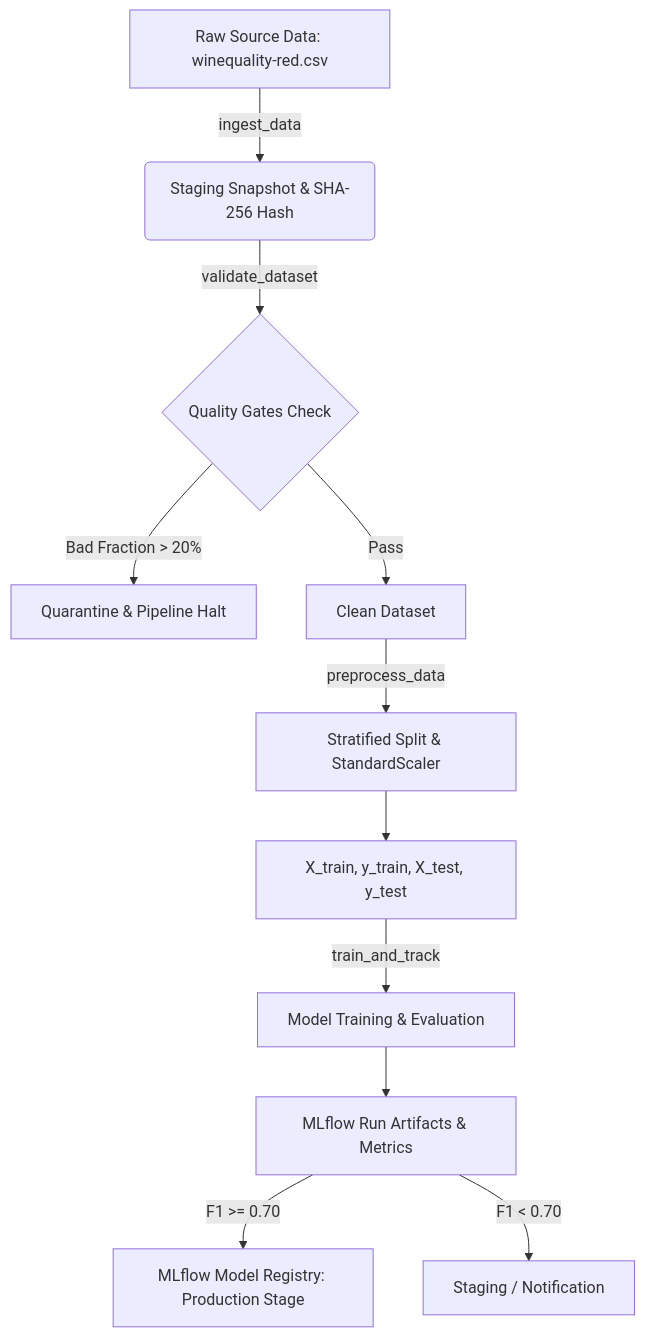
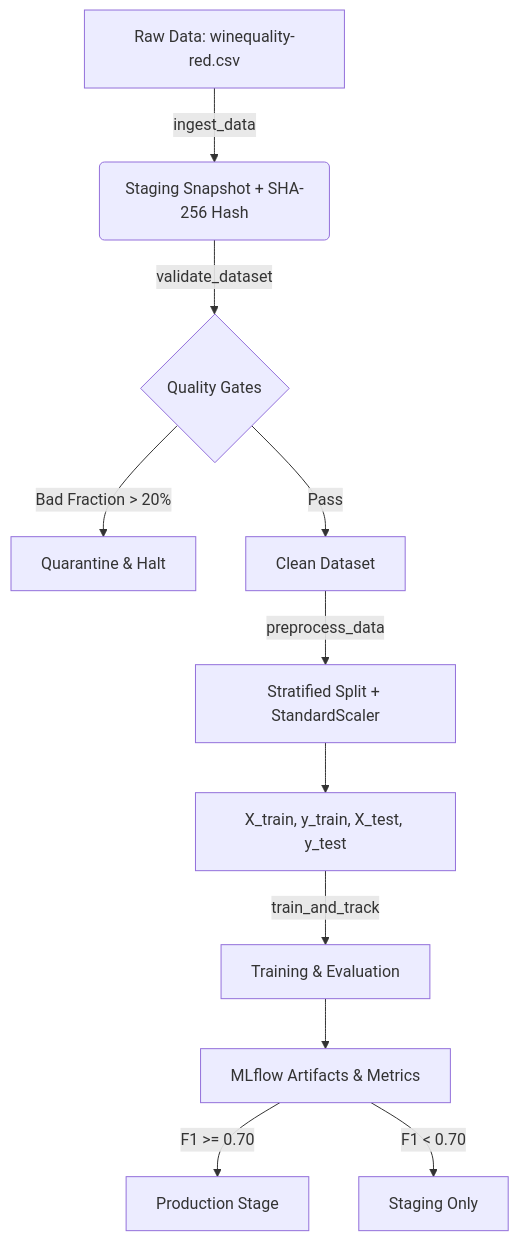
The first of 2 diagrams in README.md (vu25ms13298-oss/mlops-bonus-vu25ms13298), drawn with Mermaid before and after one commit. The commit also changed other lines of this file and 7 other files, not shown here.

First line of the commit message:
refactor: improve pipeline quality, fix issues, and update project identity

````diff
--- a/README.md
+++ b/README.md
@@ -90,13 +84,13 @@
 ```mermaid
 graph TD
-    A[Raw Source Data: winequality-red.csv] -->|ingest_data| B(Staging Snapshot & SHA-256 Hash)
-    B -->|validate_dataset| C{Quality Gates Check}
-    C -->|Bad Fraction > 20%| D[Quarantine & Pipeline Halt]
+    A[Raw Data: winequality-red.csv] -->|ingest_data| B(Staging Snapshot + SHA-256 Hash)
+    B -->|validate_dataset| C{Quality Gates}
+    C -->|Bad Fraction > 20%| D[Quarantine & Halt]
     C -->|Pass| E[Clean Dataset]
-    E -->|preprocess_data| F[Stratified Split & StandardScaler]
+    E -->|preprocess_data| F[Stratified Split + StandardScaler]
     F --> G[X_train, y_train, X_test, y_test]
-    G -->|train_and_track| H[Model Training & Evaluation]
-    H --> I[MLflow Run Artifacts & Metrics]
-    I -->|F1 >= 0.70| J[MLflow Model Registry: Production Stage]
-    I -->|F1 < 0.70| K[Staging / Notification]
+    G -->|train_and_track| H[Training & Evaluation]
+    H --> I[MLflow Artifacts & Metrics]
+    I -->|F1 >= 0.70| J[Production Stage]
+    I -->|F1 < 0.70| K[Staging Only]
 ```
````
